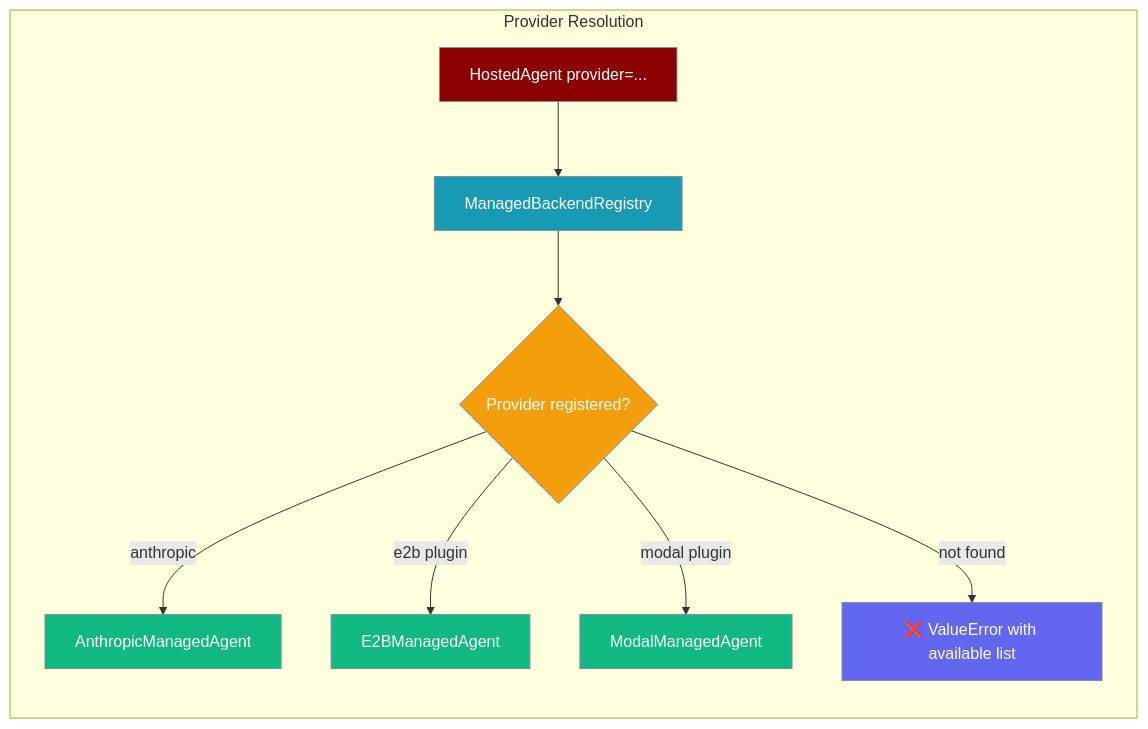
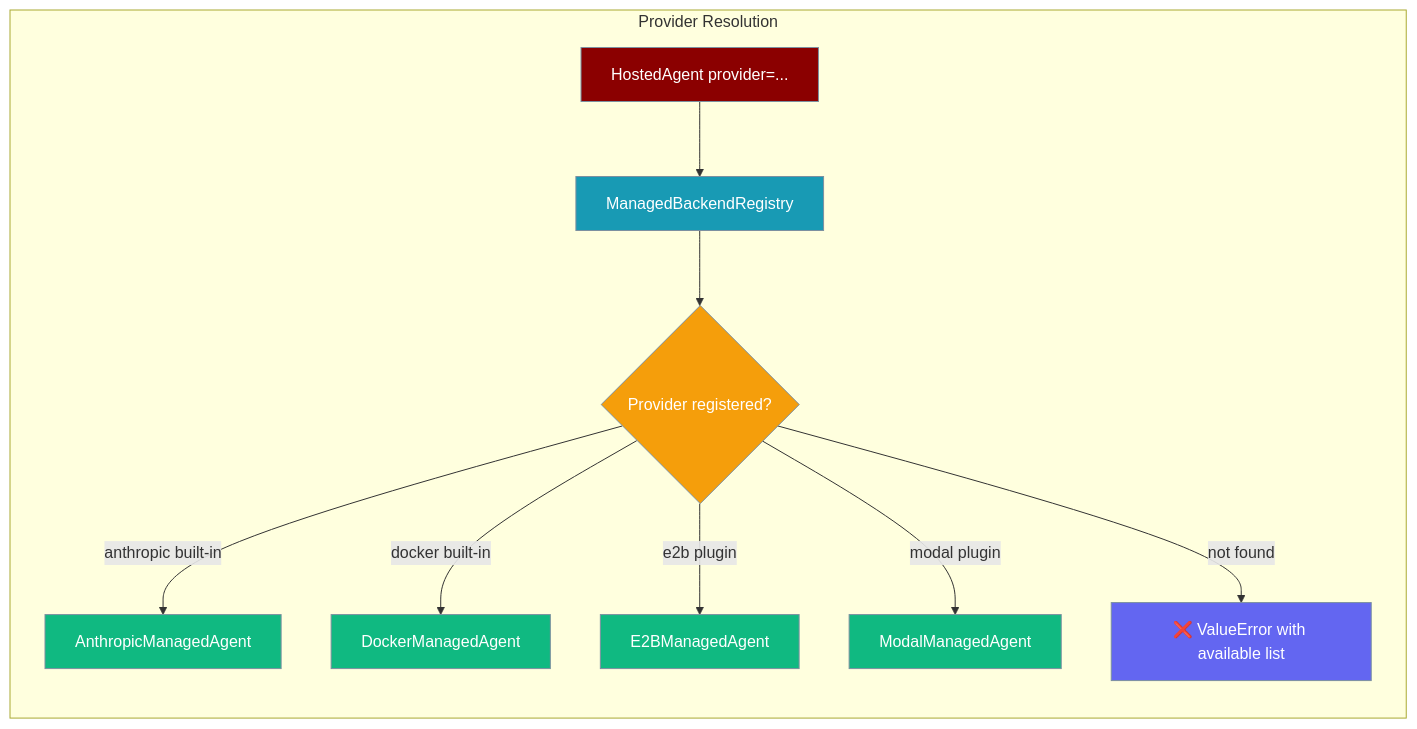
Before and after one commit to MervinPraison/PraisonAIDocs: the fourth of 4 diagrams in docs/features/hosted-agent.mdx, drawn with Mermaid. The commit also changed other lines of this file and 4 other files, not shown here.

First line of the commit message:
docs: add run_on="docker" self-hosted whole-agent page (fixes #3055)

````diff
--- a/docs/features/hosted-agent.mdx
+++ b/docs/features/hosted-agent.mdx
@@ -248,23 +254,24 @@
 ```mermaid
 graph LR
     subgraph "Provider Resolution"
         A[HostedAgent provider=...] --> B[ManagedBackendRegistry]
         B --> C{Provider registered?}
-        C -->|anthropic| D[AnthropicManagedAgent]
+        C -->|anthropic built-in| D[AnthropicManagedAgent]
+        C -->|docker built-in| H[DockerManagedAgent]
         C -->|e2b plugin| E[E2BManagedAgent]
         C -->|modal plugin| F[ModalManagedAgent]
         C -->|not found| G[❌ ValueError with available list]
     end
 
     classDef input fill:#8B0000,stroke:#7C90A0,color:#fff
     classDef registry fill:#189AB4,stroke:#7C90A0,color:#fff
     classDef decision fill:#F59E0B,stroke:#7C90A0,color:#fff
     classDef success fill:#10B981,stroke:#7C90A0,color:#fff
     classDef fail fill:#6366F1,stroke:#7C90A0,color:#fff
 
     class A input
     class B registry
     class C decision
-    class D,E,F success
+    class D,E,F,H success
     class G fail
 ```
````
